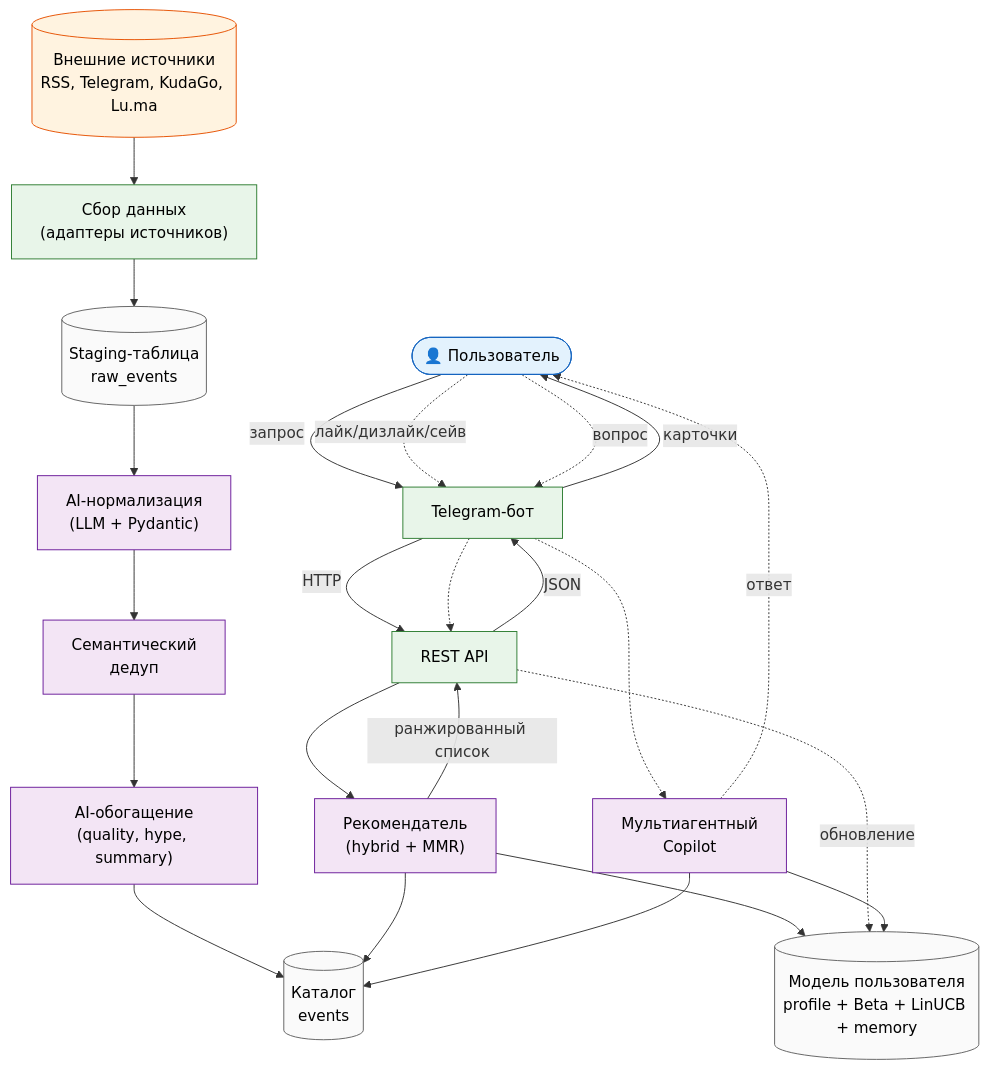
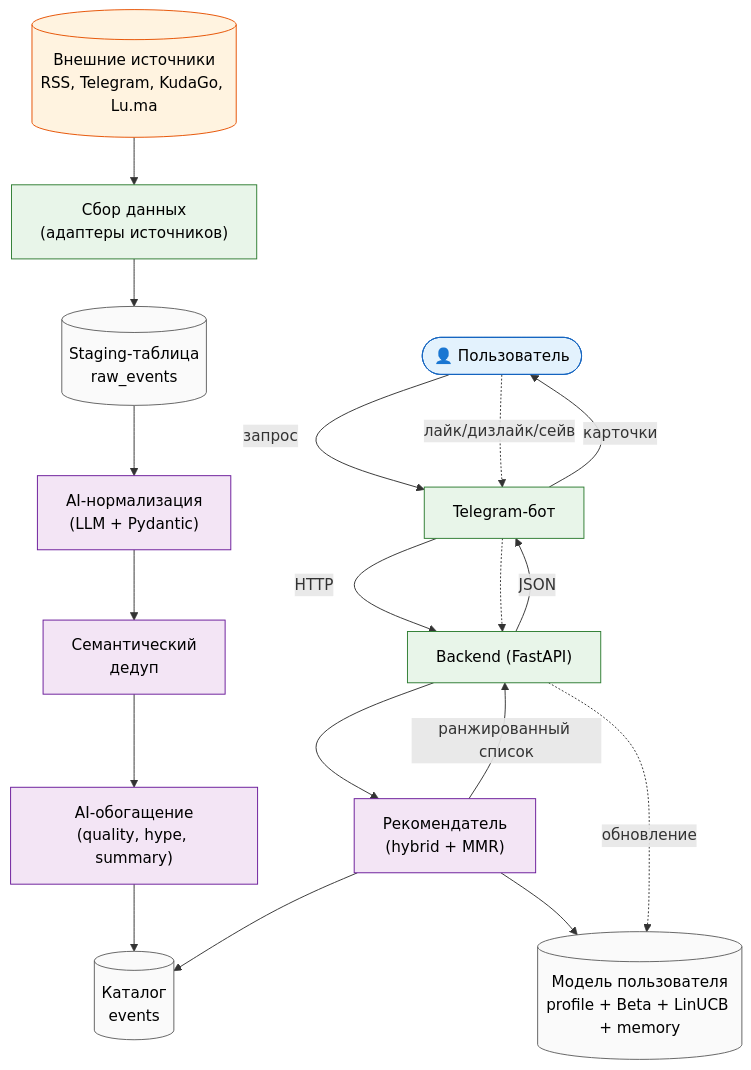
Before and after one commit to EgorBelov/event_mind: the diagram in docs/diagrams/02_business_process.mmd, drawn with Mermaid. The commit also changed 15 other files, not shown here.

```diff
--- a/docs/diagrams/02_business_process.mmd
+++ b/docs/diagrams/02_business_process.mmd
@@ -1,49 +1,42 @@
 %%{init: {'theme':'default'}}%%
 flowchart TD
     classDef ext fill:#fff3e0,stroke:#e65100,color:#000
     classDef sys fill:#e8f5e9,stroke:#2e7d32,color:#000
     classDef ai fill:#f3e5f5,stroke:#6a1b9a,color:#000
     classDef user fill:#e3f2fd,stroke:#1565c0,color:#000
     classDef db fill:#fafafa,stroke:#616161,color:#000
 
     SRC[("Внешние источники<br/>RSS, Telegram, KudaGo, Lu.ma")]:::ext
     INGEST["Сбор данных<br/>(адаптеры источников)"]:::sys
     RAW[("Staging-таблица<br/>raw_events")]:::db
     NORM["AI-нормализация<br/>(LLM + Pydantic)"]:::ai
     DEDUP["Семантический<br/>дедуп"]:::ai
     ENRICH["AI-обогащение<br/>(quality, hype, summary)"]:::ai
     EVDB[("Каталог<br/>events")]:::db
 
     USER(["👤 Пользователь"]):::user
     BOT["Telegram-бот"]:::sys
-    API["REST API"]:::sys
+    API["Backend (FastAPI)"]:::sys
     RECO["Рекомендатель<br/>(hybrid + MMR)"]:::ai
-    COPILOT["Мультиагентный<br/>Copilot"]:::ai
 
     USERMODEL[("Модель пользователя<br/>profile + Beta + LinUCB + memory")]:::db
 
     SRC --> INGEST
     INGEST --> RAW
     RAW --> NORM
     NORM --> DEDUP
     DEDUP --> ENRICH
     ENRICH --> EVDB
 
     USER -->|запрос| BOT
     BOT -->|HTTP| API
     API --> RECO
     RECO --> EVDB
     RECO --> USERMODEL
     RECO -->|ранжированный список| API
     API -->|JSON| BOT
     BOT -->|карточки| USER
 
     USER -.->|лайк/дизлайк/сейв| BOT
     BOT -.-> API
     API -.->|обновление| USERMODEL
-
-    USER -.->|вопрос| BOT
-    BOT -.-> COPILOT
-    COPILOT --> EVDB
-    COPILOT --> USERMODEL
-    COPILOT -.->|ответ| USER
```
